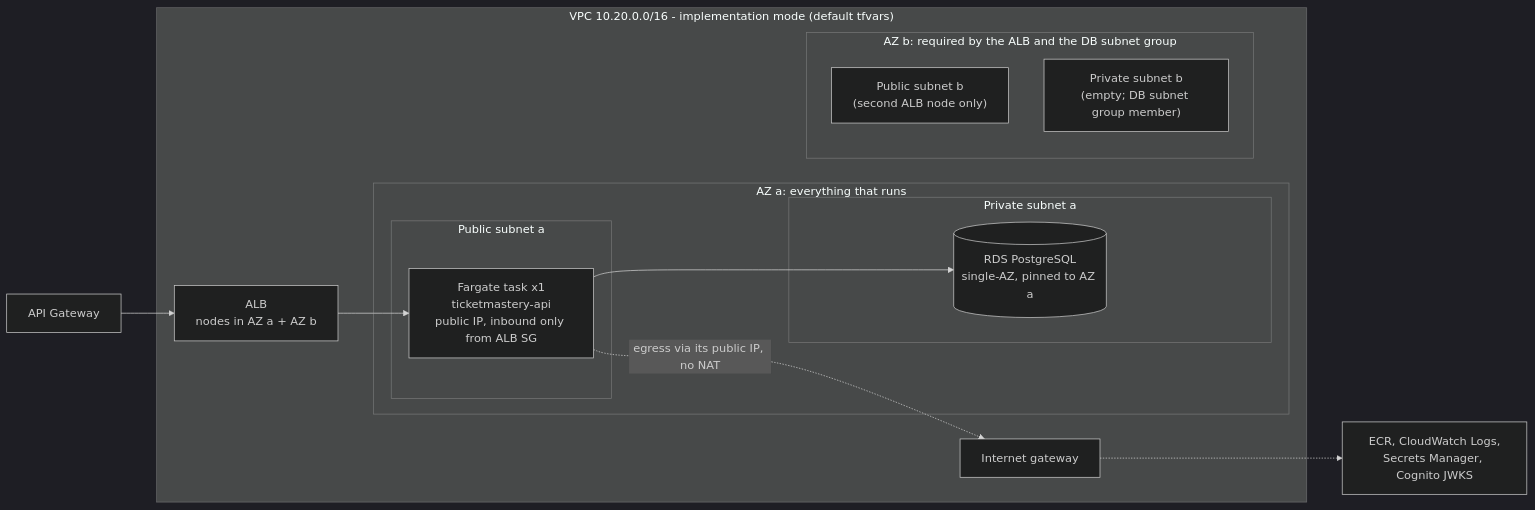
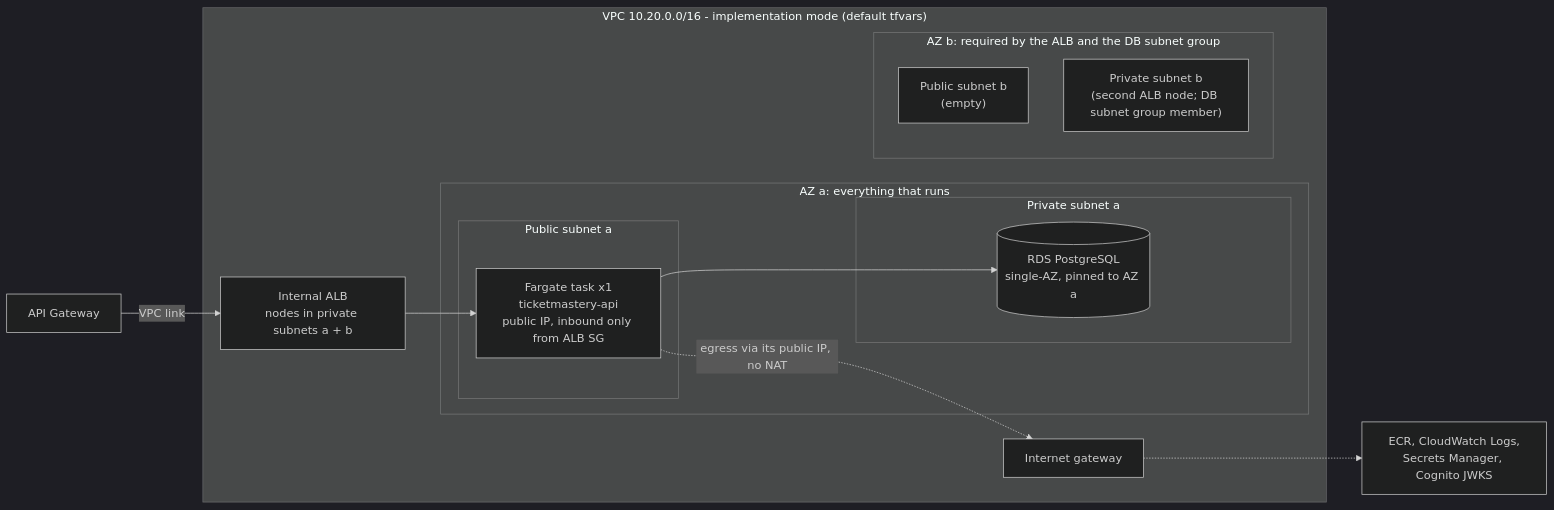
One commit to tayelroy/TicketMastery changed the second of 2 diagrams in docs/architecture.md. Above: the diagram before and after it, drawn with Mermaid (dark theme). The commit also changed other lines of this file and 9 other files, not shown here.

````diff
--- a/docs/architecture.md
+++ b/docs/architecture.md
@@ -109,27 +120,27 @@
 ```mermaid
 flowchart LR
-  apigw[API Gateway] --> alb
+  apigw[API Gateway] -->|VPC link| alb
 
   subgraph vpc["VPC 10.20.0.0/16 - implementation mode (default tfvars)"]
-    alb["ALB<br/>nodes in AZ a + AZ b"]
+    alb["Internal ALB<br/>nodes in private subnets a + b"]
     igw[Internet gateway]
     subgraph aza["AZ a: everything that runs"]
       subgraph puba["Public subnet a"]
         task["Fargate task x1<br/>ticketmastery-api<br/>public IP, inbound only from ALB SG"]
       end
       subgraph priva["Private subnet a"]
         db[("RDS PostgreSQL<br/>single-AZ, pinned to AZ a")]
       end
     end
     subgraph azb["AZ b: required by the ALB and the DB subnet group"]
-      pubb["Public subnet b<br/>(second ALB node only)"]
-      privb["Private subnet b<br/>(empty; DB subnet group member)"]
+      pubb["Public subnet b<br/>(empty)"]
+      privb["Private subnet b<br/>(second ALB node; DB subnet group member)"]
     end
   end
 
   aws["ECR, CloudWatch Logs,<br/>Secrets Manager, Cognito JWKS"]
 
   alb --> task
   task --> db
   task -.->|"egress via its public IP, no NAT"| igw -.-> aws
 ```
````
